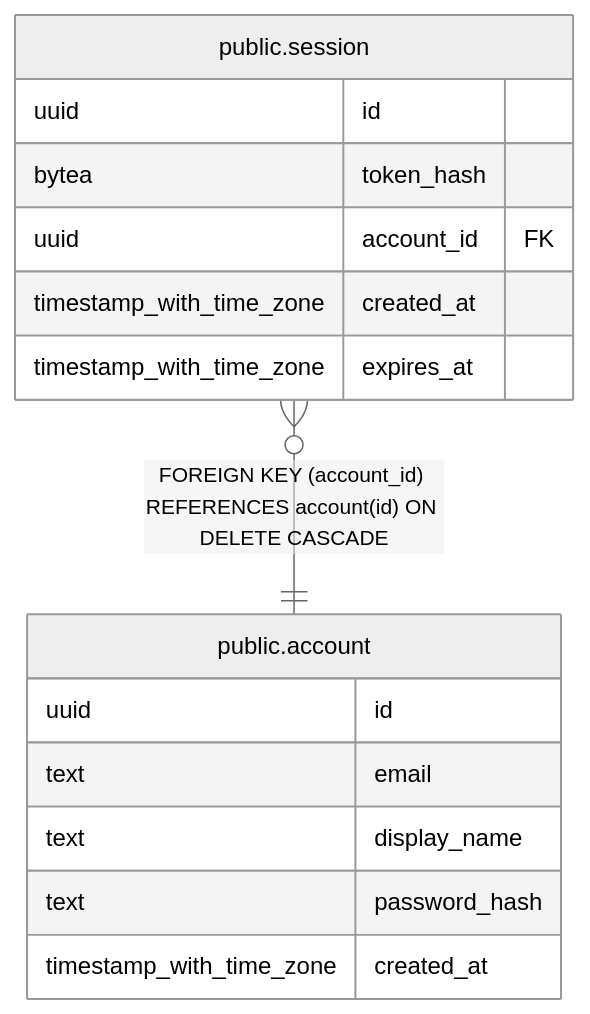
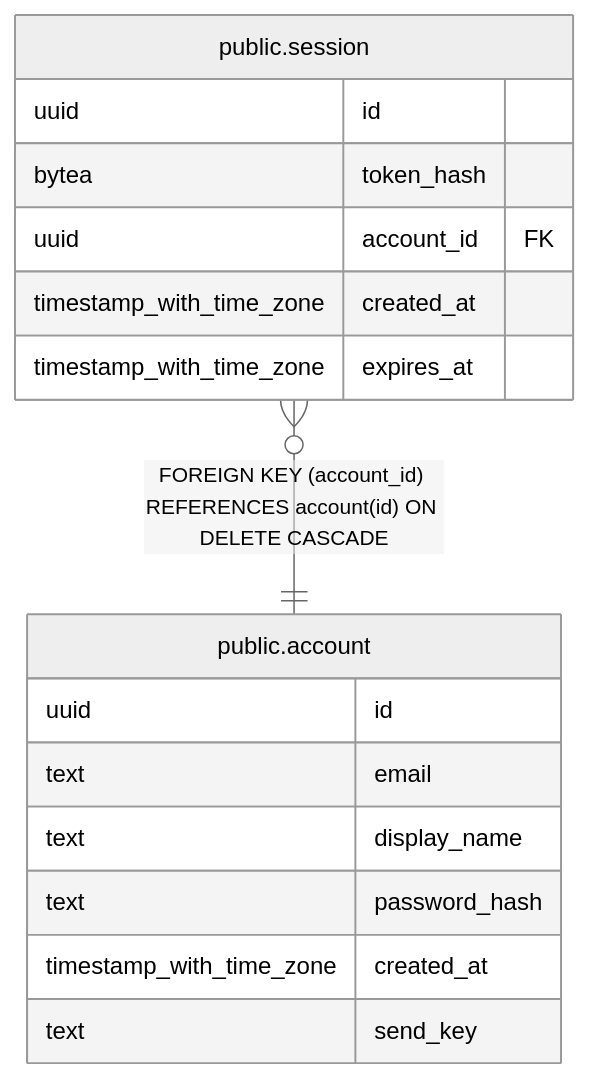
Before and after one commit to tkakkie/ribbitto: the diagram in docs/schema/public.session.md, drawn with Mermaid (neutral theme). The commit also changed 25 other files, not shown here.

First line of the commit message:
feat(identity): store a send-key preference on the account

````diff
--- a/docs/schema/public.session.md
+++ b/docs/schema/public.session.md
@@ -39,20 +39,21 @@
 ```mermaid
 erDiagram
 
 "public.session" }o--|| "public.account" : "FOREIGN KEY (account_id) REFERENCES account(id) ON DELETE CASCADE"
 
 "public.session" {
   uuid id
   bytea token_hash
   uuid account_id FK
   timestamp_with_time_zone created_at
   timestamp_with_time_zone expires_at
 }
 "public.account" {
   uuid id
   text email
   text display_name
   text password_hash
   timestamp_with_time_zone created_at
+  text send_key
 }
 ```
````
